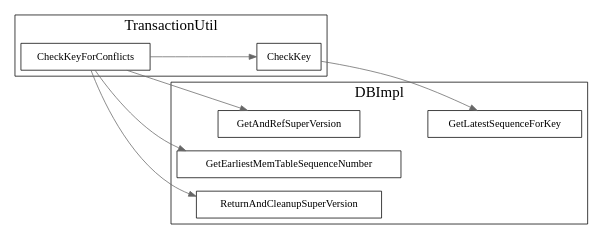
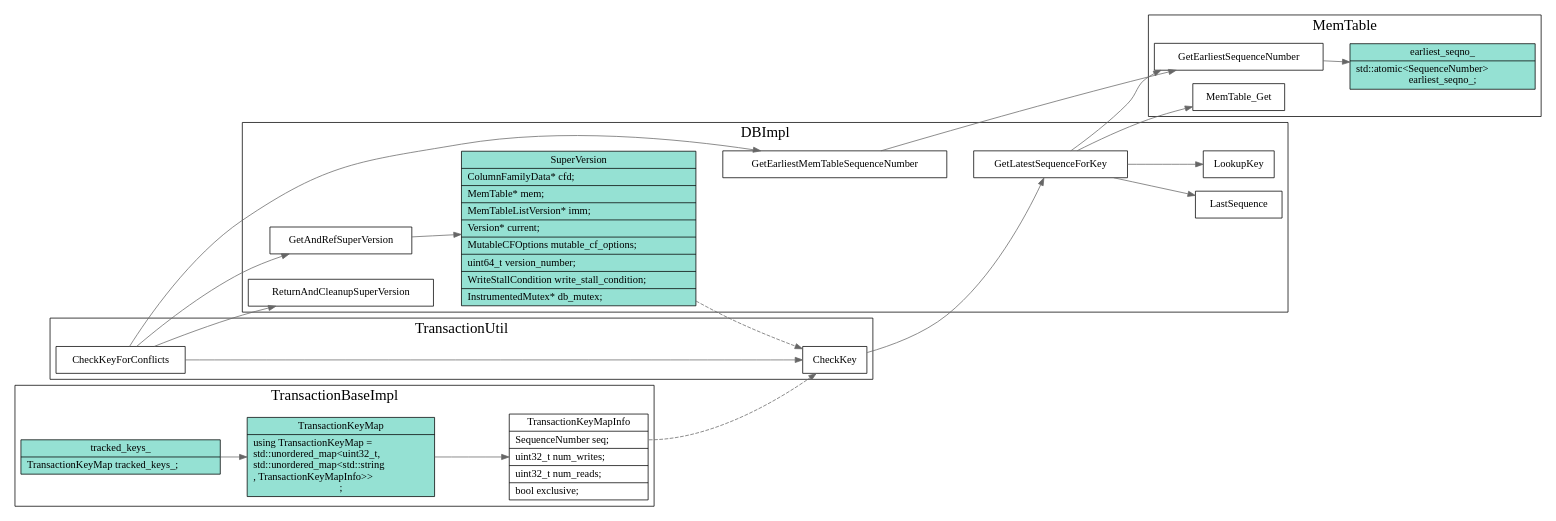
The diagram in src/rocksdb/check-key-conflict.dot (xieyu/blog), drawn with Graphviz before and after one commit. The commit also changed 5 other files, not shown here.

```diff
--- a/src/rocksdb/check-key-conflict.dot
+++ b/src/rocksdb/check-key-conflict.dot
@@ -1,26 +1,103 @@
 digraph check_key_conflict {
   node[shape=box];
   edge[color=gray40];
   newrank=true;
   rankdir=LR;
+  subgraph cluster_MemTable {
+    graph[label="MemTable";fontsize=20;];
+    GetEarliestSequenceNumber ->  earliest_seqno_
+    earliest_seqno_[
+      shape="record";
+      fillcolor="#95e1d3"
+      style=filled;
+      label="{{
+        earliest_seqno_|
+          std::atomic\<SequenceNumber\>\l earliest_seqno_;
+      }}";
+    ];
+    MemTable_Get;
+  } // end of MemTable
+
+  subgraph cluster_TransactionBaseImpl {
+    graph[label=" TransactionBaseImpl";fontsize=20;];
+    tracked_keys_[
+      shape="record";
+      fillcolor="#95e1d3"
+      style=filled;
+      label="{{
+        tracked_keys_|
+          TransactionKeyMap tracked_keys_;\l
+      }}";
+    ];
+    tracked_keys_ -> TransactionKeyMap -> TransactionKeyMapInfo;
+    TransactionKeyMap[
+      shape="record";
+      fillcolor="#95e1d3"
+      style=filled;
+      label="{{
+        TransactionKeyMap|
+          using TransactionKeyMap =\l
+          std::unordered_map\<uint32_t,\l
+          std::unordered_map\<std::string\l, TransactionKeyMapInfo\>\>\l;
+      }}";
+    ];
+    TransactionKeyMapInfo[
+      shape="record";
+      label="{{
+        TransactionKeyMapInfo|
+          <seq> SequenceNumber seq;\l|
+          uint32_t num_writes;\l|
+          uint32_t num_reads;\l|
+          bool exclusive;\l
+      }}";
+    ];
+    
+  } // end of  TransactionBaseImpl
+
   subgraph cluster_DBImpl {
     graph[label="DBImpl";fontsize=20;];
     GetAndRefSuperVersion;
     GetEarliestMemTableSequenceNumber;
     ReturnAndCleanupSuperVersion;
     GetLatestSequenceForKey;
+    SuperVersion[
+      shape="record";
+      fillcolor="#95e1d3"
+      style=filled;
+      label="{{
+        SuperVersion|
+          ColumnFamilyData* cfd;\l|
+          MemTable* mem;\l|
+          MemTableListVersion* imm;\l|
+          Version* current;\l|
+          MutableCFOptions mutable_cf_options;\l|
+          uint64_t version_number;\l|
+          WriteStallCondition write_stall_condition;\l|
+          InstrumentedMutex* db_mutex;\l
+      }}";
+    ];
+    GetAndRefSuperVersion -> SuperVersion;
+    GetEarliestMemTableSequenceNumber -> GetEarliestSequenceNumber;
+
+    GetLatestSequenceForKey -> {
+      LastSequence;
+      LookupKey;
+      MemTable_Get;
+      GetEarliestSequenceNumber;
+    }
   }
   subgraph cluster_TransactionUtil {
     graph[label="TransactionUtil";fontsize=20;];
     CheckKeyForConflicts -> {
       GetAndRefSuperVersion;
       GetEarliestMemTableSequenceNumber;
       CheckKey;
       ReturnAndCleanupSuperVersion;
     };
-
+    TransactionKeyMapInfo:seq -> CheckKey[style=dashed];
     CheckKey -> {
       GetLatestSequenceForKey;
     }
+    SuperVersion ->CheckKey[style=dashed];
   }
 }
```
